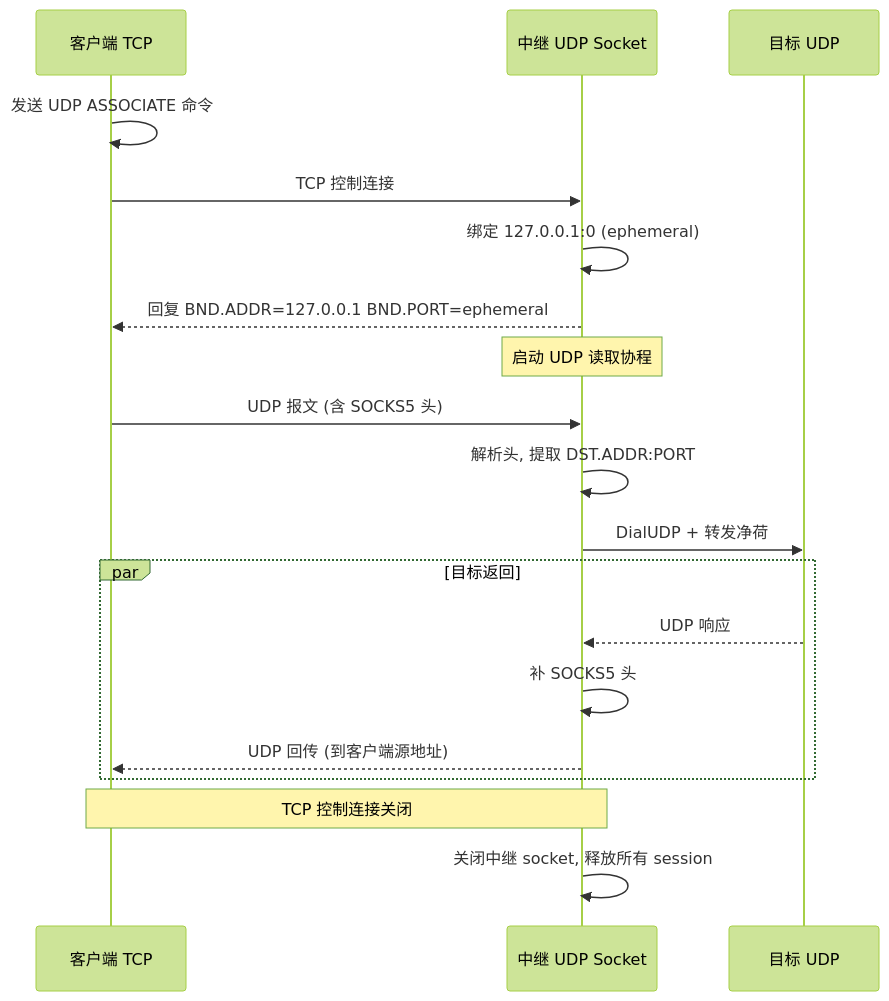
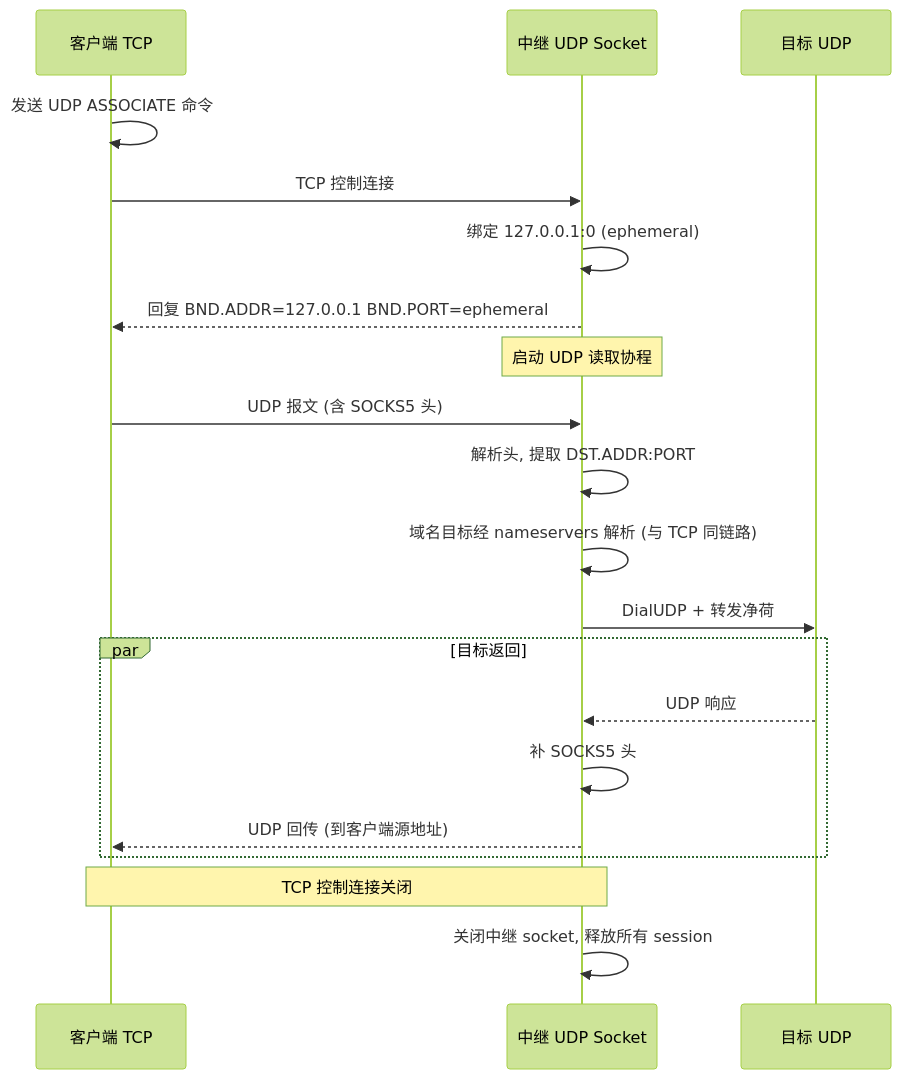
Before and after one commit to isunk/MyReverseProxy: the third of 3 diagrams in .monkeycode/specs/udp-tcp-forwarding-refactor/design.md, drawn with Mermaid (forest theme). The commit also changed other lines of this file and 25 other files, not shown here.

````diff
--- a/.monkeycode/specs/udp-tcp-forwarding-refactor/design.md
+++ b/.monkeycode/specs/udp-tcp-forwarding-refactor/design.md
@@ -92,21 +82,22 @@
 ```mermaid
 sequenceDiagram
     participant C as 客户端 TCP
     participant R as 中继 UDP Socket
     participant D as 目标 UDP
     C->>C: 发送 UDP ASSOCIATE 命令
     C->>R: TCP 控制连接
     R->>R: 绑定 127.0.0.1:0 (ephemeral)
     R-->>C: 回复 BND.ADDR=127.0.0.1 BND.PORT=ephemeral
     Note over R: 启动 UDP 读取协程
     C->>R: UDP 报文 (含 SOCKS5 头)
     R->>R: 解析头, 提取 DST.ADDR:PORT
+    R->>R: 域名目标经 nameservers 解析 (与 TCP 同链路)
     R->>D: DialUDP + 转发净荷
     par 目标返回
         D-->>R: UDP 响应
         R->>R: 补 SOCKS5 头
         R-->>C: UDP 回传 (到客户端源地址)
     end
     Note over C,R: TCP 控制连接关闭
     R->>R: 关闭中继 socket, 释放所有 session
 ```
````
